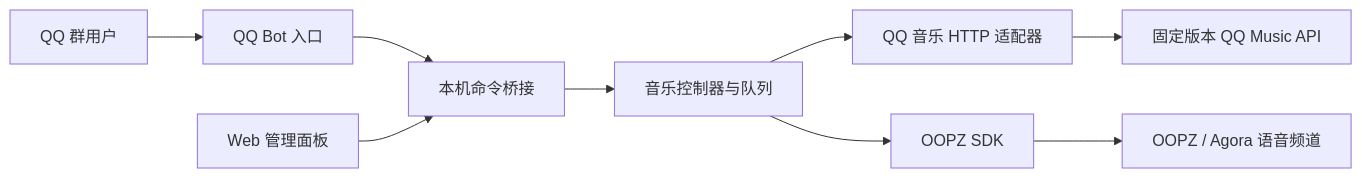
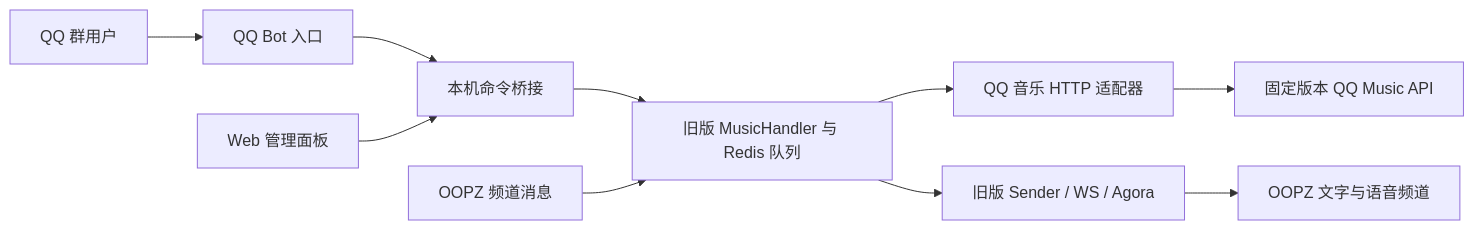
One commit to ji333abc/oopz-music-bot changed the diagram in README.md. Above: the diagram before and after it, drawn with Mermaid. The commit also changed other lines of this file and 196 other files, not shown here.

Commit message:
Embed legacy OOPZ core in Docker runtime

````diff
--- a/README.md
+++ b/README.md
@@ -22,11 +24,12 @@
 ```mermaid
 flowchart LR
     User["QQ 群用户"] --> QQ["QQ Bot 入口"]
     QQ --> Bridge["本机命令桥接"]
     Panel["Web 管理面板"] --> Bridge
-    Bridge --> Core["音乐控制器与队列"]
+    Bridge --> Core["旧版 MusicHandler 与 Redis 队列"]
     Core --> Music["QQ 音乐 HTTP 适配器"]
     Music --> API["固定版本 QQ Music API"]
-    Core --> SDK["OOPZ SDK"]
-    SDK --> Voice["OOPZ / Agora 语音频道"]
+    OOPZChat["OOPZ 频道消息"] --> Core
+    Core --> OOPZCore["旧版 Sender / WS / Agora"]
+    OOPZCore --> Voice["OOPZ 文字与语音频道"]
 ```
````
